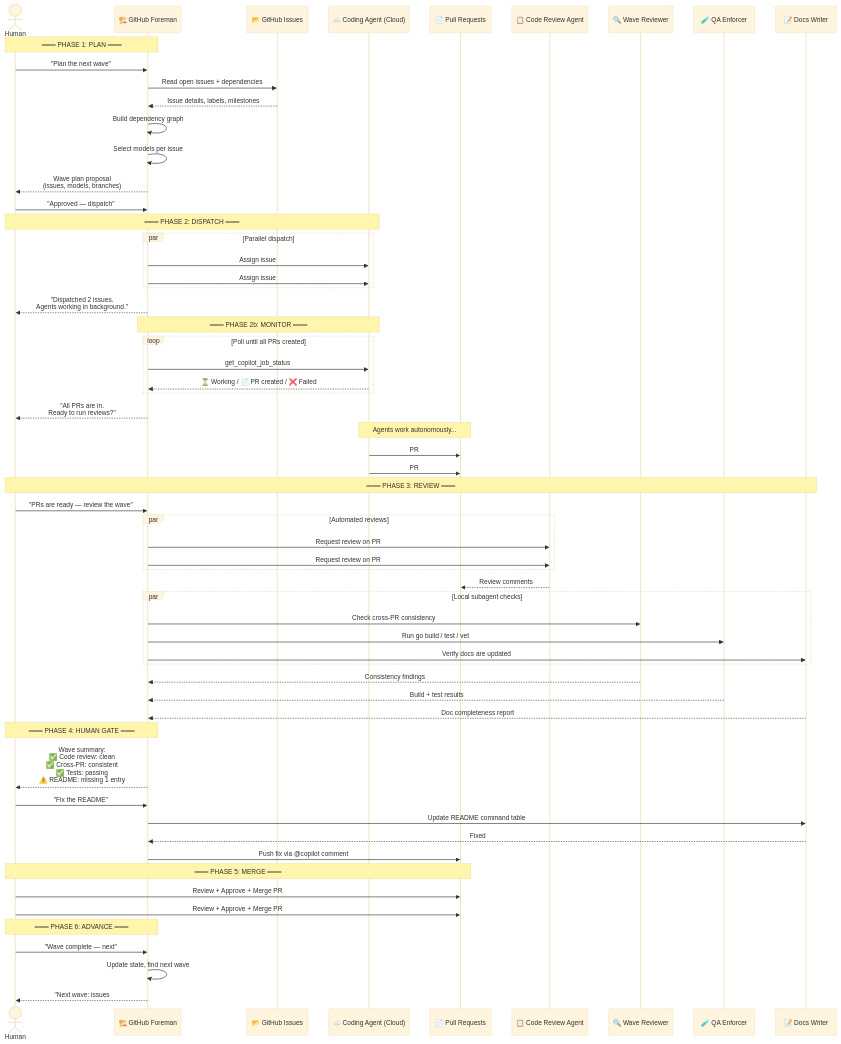
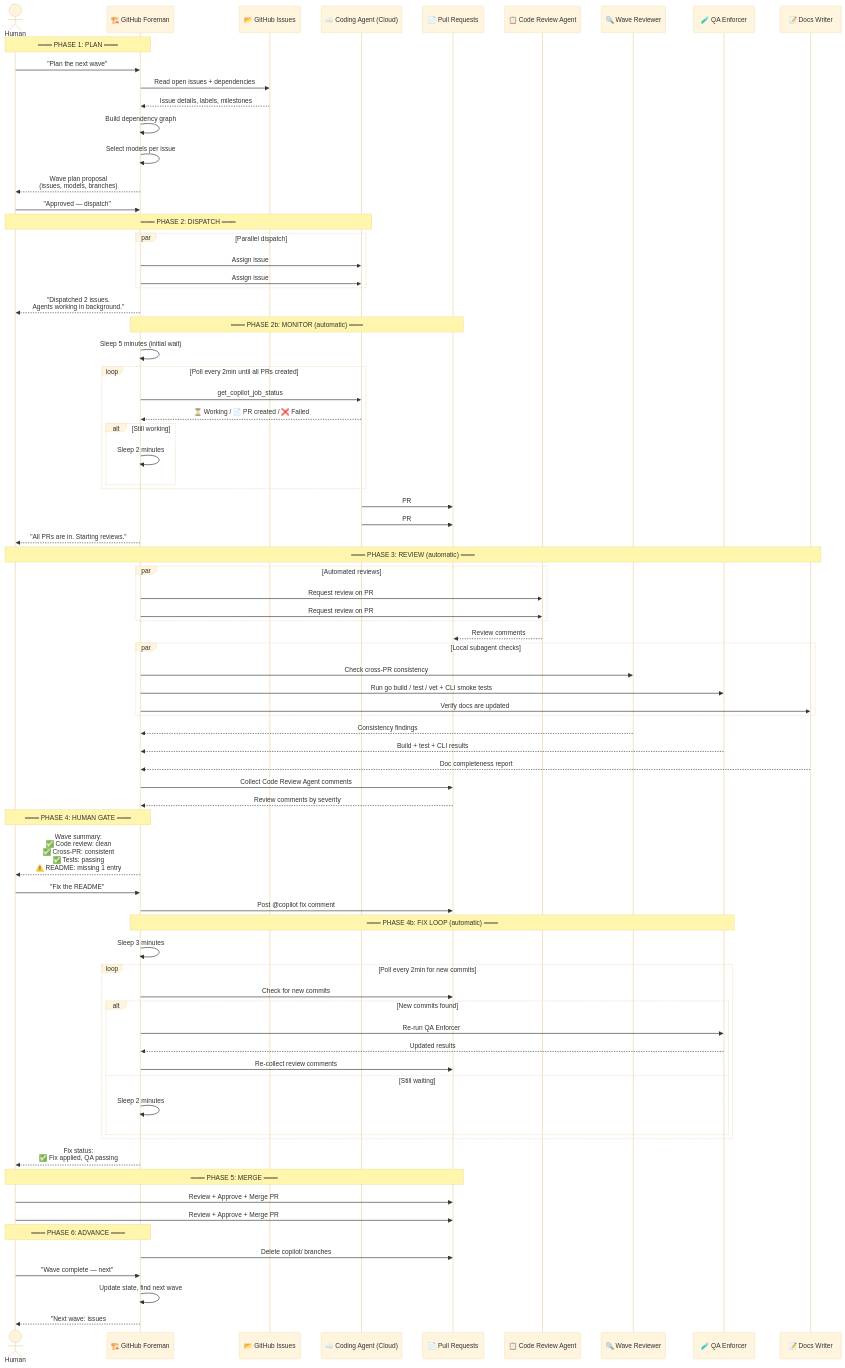
The second of 2 diagrams in .github/agents/references/foreman-workflows.md (DevExpGbb/gh-devlake), drawn with Mermaid (base theme) before and after one commit.

Commit message:
Foreman workflows: update diagrams for auto-polling, fix loop, branch cleanup
- Phase 2b: automatic with sleep timings (5min initial, 2min re-poll)
- Phase 3: automatic (no human trigger), includes review comment collection
- Phase 4b: @copilot fix loop with 3min wait, 2min re-polls, QA re-run
- Phase 6: branch deletion after merge

```diff
--- a/.github/agents/references/foreman-workflows.md
+++ b/.github/agents/references/foreman-workflows.md
@@ -114,19 +114,21 @@
     end
     Foreman-->>Human: "Dispatched 2 issues.<br/>Agents working in background."
 
-    Note over Foreman,CodingAgent: ═══ PHASE 2b: MONITOR ═══
-    loop Poll until all PRs created
+    Note over Foreman,PRs: ═══ PHASE 2b: MONITOR (automatic) ═══
+    Foreman->>Foreman: Sleep 5 minutes (initial wait)
+    loop Poll every 2min until all PRs created
         Foreman->>CodingAgent: get_copilot_job_status
         CodingAgent-->>Foreman: ⏳ Working / 📄 PR created / ❌ Failed
+        alt Still working
+            Foreman->>Foreman: Sleep 2 minutes
+        end
     end
-    Foreman-->>Human: "All PRs are in.<br/>Ready to run reviews?"
 
-    Note over CodingAgent,PRs: Agents work autonomously...
     CodingAgent->>PRs: PR #A created (draft)
     CodingAgent->>PRs: PR #B created (draft)
+    Foreman-->>Human: "All PRs are in. Starting reviews."
 
-    Note over Human,Docs: ═══ PHASE 3: REVIEW ═══
-    Human->>Foreman: "PRs are ready — review the wave"
+    Note over Human,Docs: ═══ PHASE 3: REVIEW (automatic) ═══
 
     par Automated reviews
         Foreman->>CodeReview: Request review on PR #A
@@ -136,27 +138,43 @@
 
     par Local subagent checks
         Foreman->>WaveReview: Check cross-PR consistency
-        Foreman->>QA: Run go build / test / vet
+        Foreman->>QA: Run go build / test / vet + CLI smoke tests
         Foreman->>Docs: Verify docs are updated
     end
 
     WaveReview-->>Foreman: Consistency findings
-    QA-->>Foreman: Build + test results
+    QA-->>Foreman: Build + test + CLI results
     Docs-->>Foreman: Doc completeness report
+
+    Foreman->>PRs: Collect Code Review Agent comments
+    PRs-->>Foreman: Review comments by severity
 
     Note over Human,Foreman: ═══ PHASE 4: HUMAN GATE ═══
     Foreman-->>Human: Wave summary:<br/>✅ Code review: clean<br/>✅ Cross-PR: consistent<br/>✅ Tests: passing<br/>⚠️ README: missing 1 entry
 
     Human->>Foreman: "Fix the README"
-    Foreman->>Docs: Update README command table
-    Docs-->>Foreman: Fixed
-    Foreman->>PRs: Push fix via @copilot comment
+    Foreman->>PRs: Post @copilot fix comment
+
+    Note over Foreman,QA: ═══ PHASE 4b: FIX LOOP (automatic) ═══
+    Foreman->>Foreman: Sleep 3 minutes
+    loop Poll every 2min for new commits
+        Foreman->>PRs: Check for new commits
+        alt New commits found
+            Foreman->>QA: Re-run QA Enforcer
+            QA-->>Foreman: Updated results
+            Foreman->>PRs: Re-collect review comments
+        else Still waiting
+            Foreman->>Foreman: Sleep 2 minutes
+        end
+    end
+    Foreman-->>Human: Fix status:<br/>✅ Fix applied, QA passing
 
     Note over Human,PRs: ═══ PHASE 5: MERGE ═══
     Human->>PRs: Review + Approve + Merge PR #A
     Human->>PRs: Review + Approve + Merge PR #B
 
     Note over Human,Foreman: ═══ PHASE 6: ADVANCE ═══
+    Foreman->>PRs: Delete copilot/ branches
     Human->>Foreman: "Wave complete — next"
     Foreman->>Foreman: Update state, find next wave
     Foreman-->>Human: "Next wave: issues #C, #D..."
```
